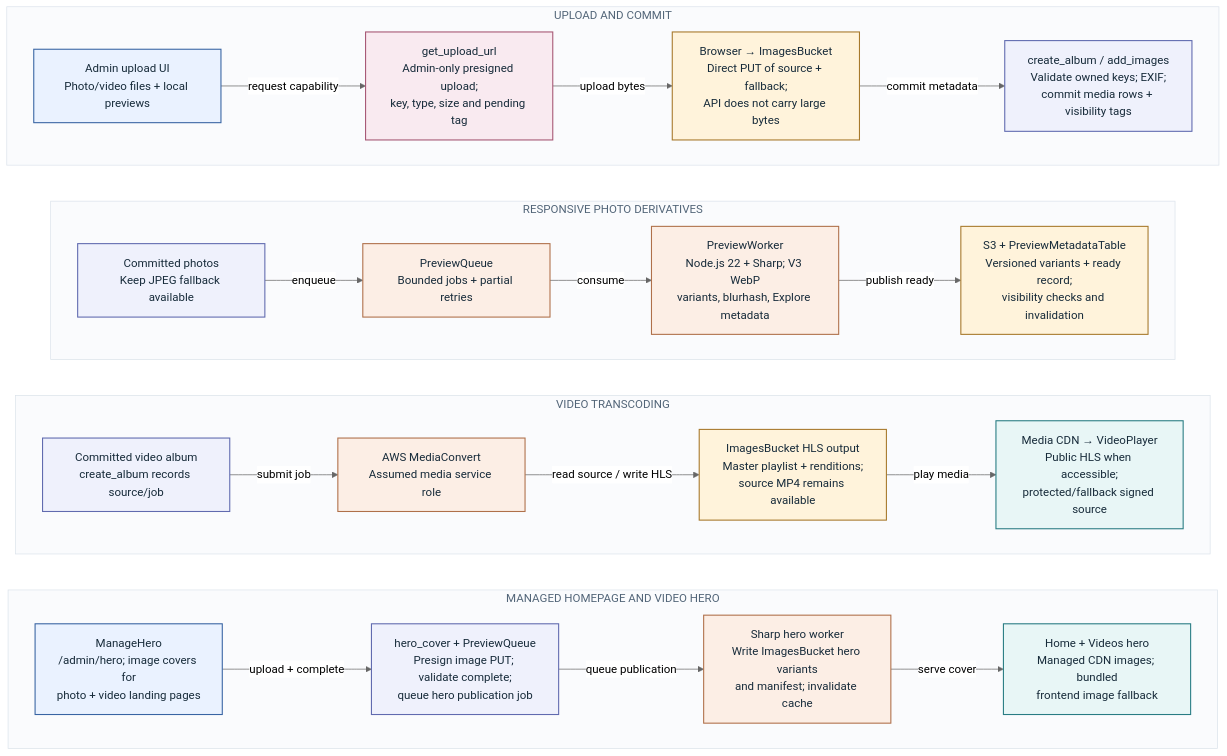
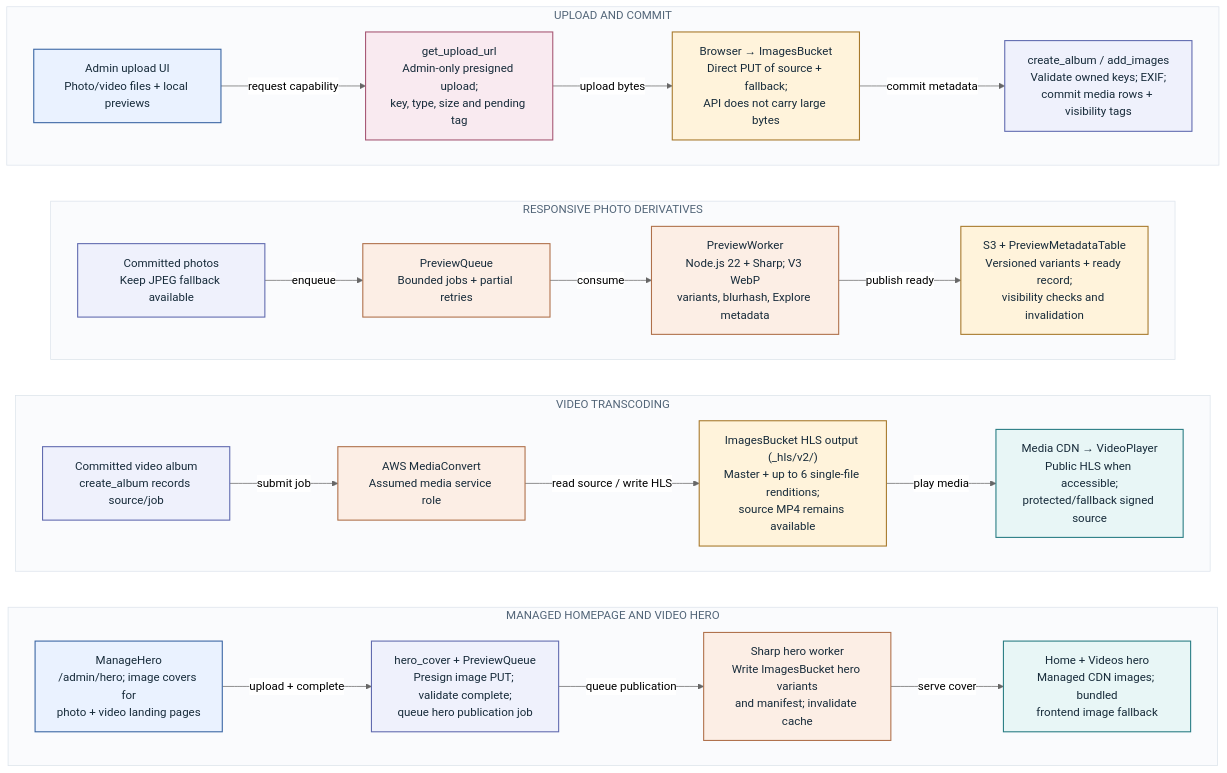
The fifth of 12 diagrams in ops/ARCHITECTURE.md (iant4093/photographywebsite), drawn with Mermaid (neutral theme) before and after one commit. The commit also changed other lines of this file and 26 other files, not shown here.

````diff
--- a/ops/ARCHITECTURE.md
+++ b/ops/ARCHITECTURE.md
@@ -314,59 +314,59 @@
 ```mermaid
 flowchart TB
   classDef actor fill:#EAF2FF,stroke:#3864A3,color:#172B3A,stroke-width:1.5px
   classDef edge fill:#E8F6F6,stroke:#287C83,color:#172B3A,stroke-width:1.5px
   classDef app fill:#EFF1FC,stroke:#606AAF,color:#172B3A,stroke-width:1.5px
   classDef data fill:#FFF3DB,stroke:#A7792B,color:#172B3A,stroke-width:1.5px
   classDef job fill:#FCEEE5,stroke:#AF704A,color:#172B3A,stroke-width:1.5px
   classDef security fill:#F9EAF0,stroke:#A65774,color:#172B3A,stroke-width:1.5px
   classDef provider fill:#F1EBF8,stroke:#86639D,color:#172B3A,stroke-width:1.5px
   classDef ops fill:#EDF2F5,stroke:#62798A,color:#172B3A,stroke-width:1.5px
   subgraph lane0["UPLOAD AND COMMIT"]
     direction LR
     n00["Admin upload UI<br/>Photo/video files + local previews"]:::actor
     n01["get_upload_url<br/>Admin-only presigned upload;<br/>key, type, size and pending tag"]:::security
     n02["Browser → ImagesBucket<br/>Direct PUT of source + fallback;<br/>API does not carry large bytes"]:::data
     n03["create_album / add_images<br/>Validate owned keys; EXIF;<br/>commit media rows + visibility tags"]:::app
     n00 -->|"request capability"| n01
     n01 -->|"upload bytes"| n02
     n02 -->|"commit metadata"| n03
   end
   style lane0 fill:#FAFBFD,stroke:#DCE3EB,color:#526578
   subgraph lane1["RESPONSIVE PHOTO DERIVATIVES"]
     direction LR
     n10["Committed photos<br/>Keep JPEG fallback available"]:::app
     n11["PreviewQueue<br/>Bounded jobs + partial retries"]:::job
     n12["PreviewWorker<br/>Node.js 22 + Sharp; V3 WebP<br/>variants, blurhash, Explore metadata"]:::job
     n13["S3 + PreviewMetadataTable<br/>Versioned variants + ready record;<br/>visibility checks and invalidation"]:::data
     n10 -->|"enqueue"| n11
     n11 -->|"consume"| n12
     n12 -->|"publish ready"| n13
   end
   style lane1 fill:#FAFBFD,stroke:#DCE3EB,color:#526578
   subgraph lane2["VIDEO TRANSCODING"]
     direction LR
     n20["Committed video album<br/>create_album records source/job"]:::app
     n21["AWS MediaConvert<br/>Assumed media service role"]:::job
-    n22["ImagesBucket HLS output<br/>Master playlist + renditions;<br/>source MP4 remains available"]:::data
+    n22["ImagesBucket HLS output (_hls/v2/)<br/>Master + up to 6 single-file renditions;<br/>source MP4 remains available"]:::data
     n23["Media CDN → VideoPlayer<br/>Public HLS when accessible;<br/>protected/fallback signed source"]:::edge
     n20 -->|"submit job"| n21
     n21 -->|"read source / write HLS"| n22
     n22 -->|"play media"| n23
   end
   style lane2 fill:#FAFBFD,stroke:#DCE3EB,color:#526578
   subgraph lane3["MANAGED HOMEPAGE AND VIDEO HERO"]
     direction LR
     n30["ManageHero<br/>/admin/hero; image covers for<br/>photo + video landing pages"]:::actor
     n31["hero_cover + PreviewQueue<br/>Presign image PUT; validate complete;<br/>queue hero publication job"]:::app
     n32["Sharp hero worker<br/>Write ImagesBucket hero variants<br/>and manifest; invalidate cache"]:::job
     n33["Home + Videos hero<br/>Managed CDN images; bundled<br/>frontend image fallback"]:::edge
     n30 -->|"upload + complete"| n31
     n31 -->|"queue publication"| n32
     n32 -->|"serve cover"| n33
   end
   style lane3 fill:#FAFBFD,stroke:#DCE3EB,color:#526578
   %% Invisible links only stack lanes; they do not represent system relationships.
   lane0 ~~~ lane1
   lane1 ~~~ lane2
   lane2 ~~~ lane3
 ```
````
